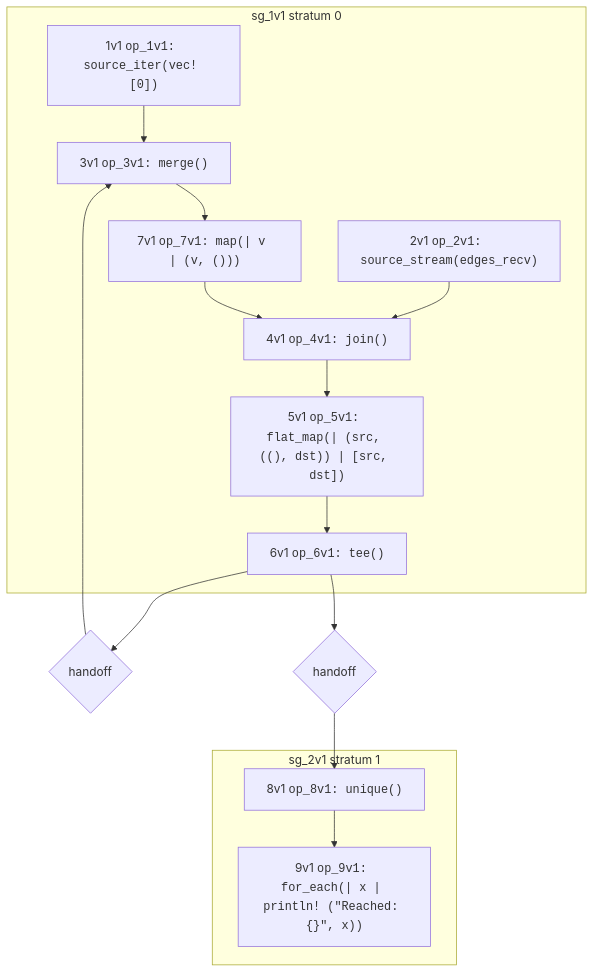
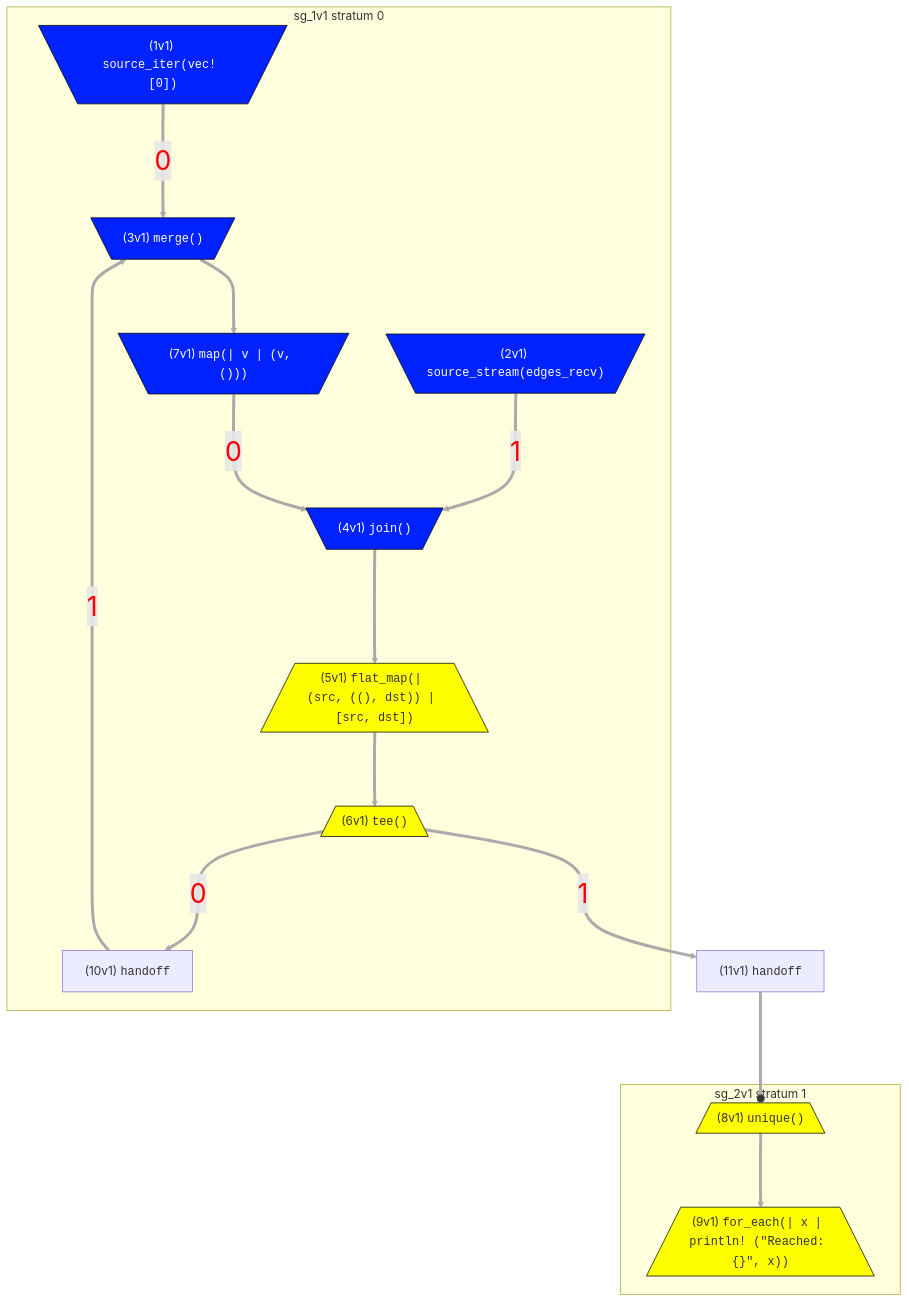
Before and after one commit to nickjiang2378/hydroflow: the second of 2 diagrams in book/example_5_reachability.md, drawn with Mermaid. The commit also changed other lines of this file and 13 other files, not shown here.

Commit message:
update mermaid diagrams in book (#322)

````diff
--- a/book/example_5_reachability.md
+++ b/book/example_5_reachability.md
@@ -138,31 +138,32 @@
 ```mermaid
-flowchart TB
-    subgraph "sg_1v1 stratum 0"
-        1v1["1v1 <tt>op_1v1: source_iter(vec! [0])</tt>"]
-        2v1["2v1 <tt>op_2v1: source_stream(edges_recv)</tt>"]
-        3v1["3v1 <tt>op_3v1: merge()</tt>"]
-        7v1["7v1 <tt>op_7v1: map(| v | (v, ()))</tt>"]
-        4v1["4v1 <tt>op_4v1: join()</tt>"]
-        5v1["5v1 <tt>op_5v1: flat_map(| (src, ((), dst)) | [src, dst])</tt>"]
-        6v1["6v1 <tt>op_6v1: tee()</tt>"]
-    end
-    subgraph "sg_2v1 stratum 1"
-        8v1["8v1 <tt>op_8v1: unique()</tt>"]
-        9v1["9v1 <tt>op_9v1: for_each(| x | println! (&quot;Reached: {}&quot;, x))</tt>"]
-    end
-
-    10v1{"handoff"}
-    11v1{"handoff"}
-
-    1v1-->3v1
-    2v1-->4v1
-    3v1-->7v1
-    4v1-->5v1
-    5v1-->6v1
-    6v1-->10v1
-    6v1-->11v1
-    7v1-->4v1
-    8v1-->9v1
-    10v1-->3v1
-    11v1-->8v1
+flowchart TD
+classDef pullClass fill:#02f,color:#fff,stroke:#000
+classDef pushClass fill:#ff0,stroke:#000
+linkStyle default stroke:#aaa,stroke-width:4px,color:red,font-size:1.5em;
+subgraph "sg_1v1 stratum 0"
+    1v1[\"(1v1) <tt>source_iter(vec! [0])</tt>"/]:::pullClass
+    2v1[\"(2v1) <tt>source_stream(edges_recv)</tt>"/]:::pullClass
+    3v1[\"(3v1) <tt>merge()</tt>"/]:::pullClass
+    7v1[\"(7v1) <tt>map(| v | (v, ()))</tt>"/]:::pullClass
+    4v1[\"(4v1) <tt>join()</tt>"/]:::pullClass
+    5v1[/"(5v1) <tt>flat_map(| (src, ((), dst)) | [src, dst])</tt>"\]:::pushClass
+    6v1[/"(6v1) <tt>tee()</tt>"\]:::pushClass
+    10v1["(10v1) <tt>handoff</tt>"]:::otherClass
+    10v1--1--->3v1
+    1v1--0--->3v1
+    2v1--1--->4v1
+    3v1--->7v1
+    7v1--0--->4v1
+    4v1--->5v1
+    5v1--->6v1
+    6v1--0--->10v1
+end
+subgraph "sg_2v1 stratum 1"
+    8v1[/"(8v1) <tt>unique()</tt>"\]:::pushClass
+    9v1[/"(9v1) <tt>for_each(| x | println! (&quot;Reached: {}&quot;, x))</tt>"\]:::pushClass
+    8v1--->9v1
+end
+6v1--1--->11v1
+11v1["(11v1) <tt>handoff</tt>"]:::otherClass
+11v1===o8v1
 ```
````
